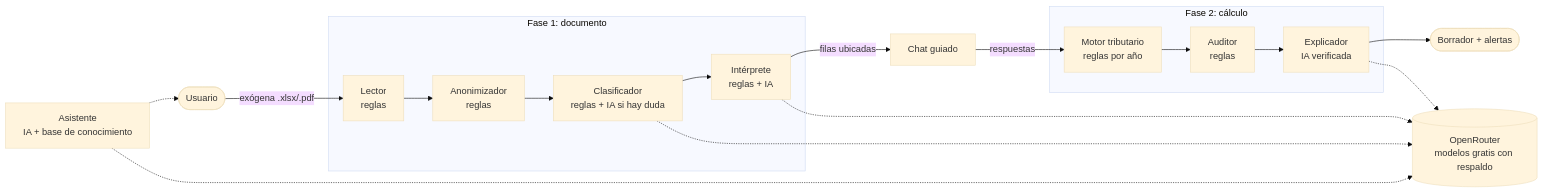
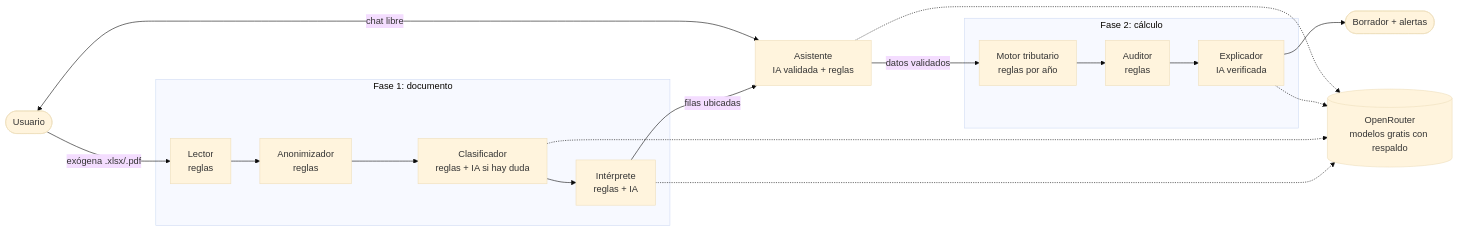
The diagram in README.md (Miguel-Rogelis/declarafacil-ai), drawn with Mermaid (base theme) before and after one commit. The commit also changed other lines of this file and 11 other files, not shown here.

Commit message:
Chat libre según el contexto, cambio de año 2021-2025 desde el chat y README actualizado

````diff
--- a/README.md
+++ b/README.md
@@ -19,15 +25,15 @@
 ```mermaid
 flowchart LR
     U([Usuario]) -->|exógena .xlsx/.pdf| L
     subgraph F1[Fase 1: documento]
         L[Lector<br/>reglas] --> A[Anonimizador<br/>reglas] --> C[Clasificador<br/>reglas + IA si hay duda] --> I[Intérprete<br/>reglas + IA]
     end
-    I -->|filas ubicadas| CH[Chat guiado]
-    CH -->|respuestas| M
+    I -->|filas ubicadas| AS
+    AS -->|datos validados| M
     subgraph F2[Fase 2: cálculo]
         M[Motor tributario<br/>reglas por año] --> AU[Auditor<br/>reglas] --> E[Explicador<br/>IA verificada]
     end
     E --> R([Borrador + alertas])
-    AS[Asistente<br/>IA + base de conocimiento] -.-> U
+    U <-->|chat libre| AS[Asistente<br/>IA validada + reglas]
     I & C & E & AS -.-> OR[(OpenRouter<br/>modelos gratis con respaldo)]
 ```
````
